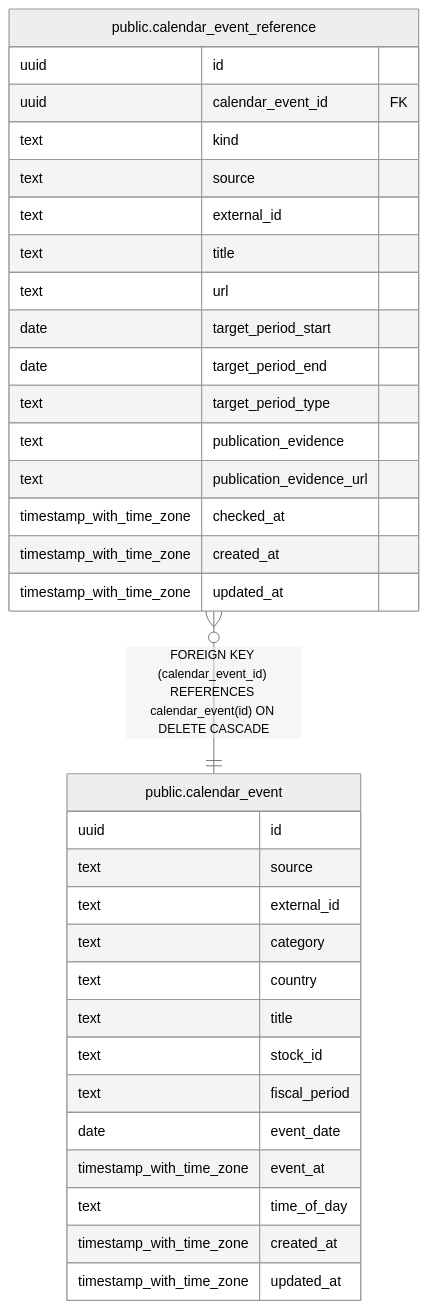
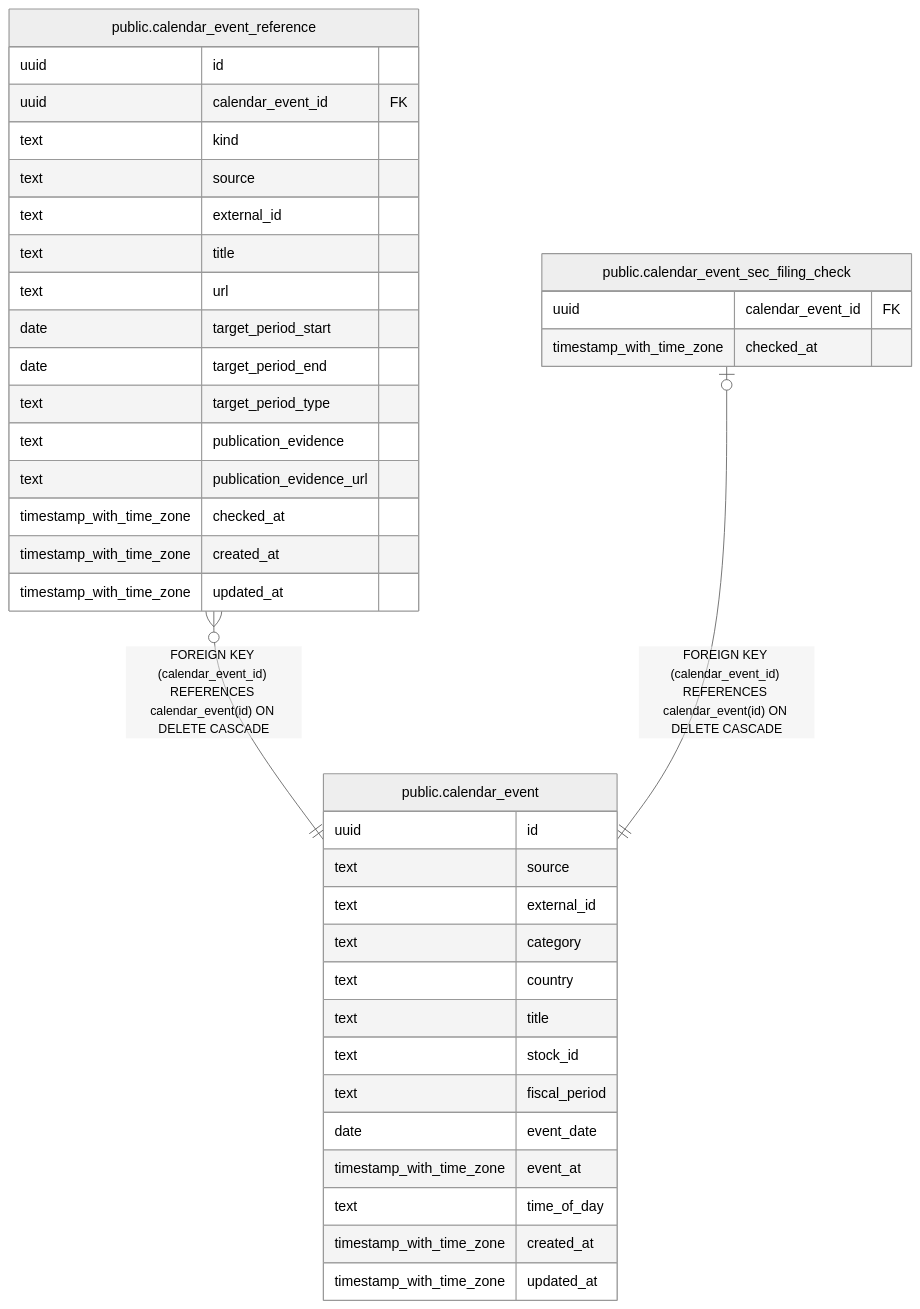
The diagram in backend/docs/db/public.calendar_event.md (fohte/t-rader), drawn with Mermaid (neutral theme) before and after one commit. The commit also changed other lines of this file and 59 other files, not shown here.

Commit message:
feat(calendar): 米国決算に SEC 定期報告を紐付ける (#1036)

````diff
--- a/backend/docs/db/public.calendar_event.md
+++ b/backend/docs/db/public.calendar_event.md
@@ -54,38 +54,43 @@
 ```mermaid
 erDiagram
 
 "public.calendar_event_reference" }o--|| "public.calendar_event" : "FOREIGN KEY (calendar_event_id) REFERENCES calendar_event(id) ON DELETE CASCADE"
+"public.calendar_event_sec_filing_check" |o--|| "public.calendar_event" : "FOREIGN KEY (calendar_event_id) REFERENCES calendar_event(id) ON DELETE CASCADE"
 
 "public.calendar_event" {
   uuid id
   text source
   text external_id
   text category
   text country
   text title
   text stock_id
   text fiscal_period
   date event_date
   timestamp_with_time_zone event_at
   text time_of_day
   timestamp_with_time_zone created_at
   timestamp_with_time_zone updated_at
 }
 "public.calendar_event_reference" {
   uuid id
   uuid calendar_event_id FK
   text kind
   text source
   text external_id
   text title
   text url
   date target_period_start
   date target_period_end
   text target_period_type
   text publication_evidence
   text publication_evidence_url
   timestamp_with_time_zone checked_at
   timestamp_with_time_zone created_at
   timestamp_with_time_zone updated_at
 }
+"public.calendar_event_sec_filing_check" {
+  uuid calendar_event_id FK
+  timestamp_with_time_zone checked_at
+}
 ```
````
